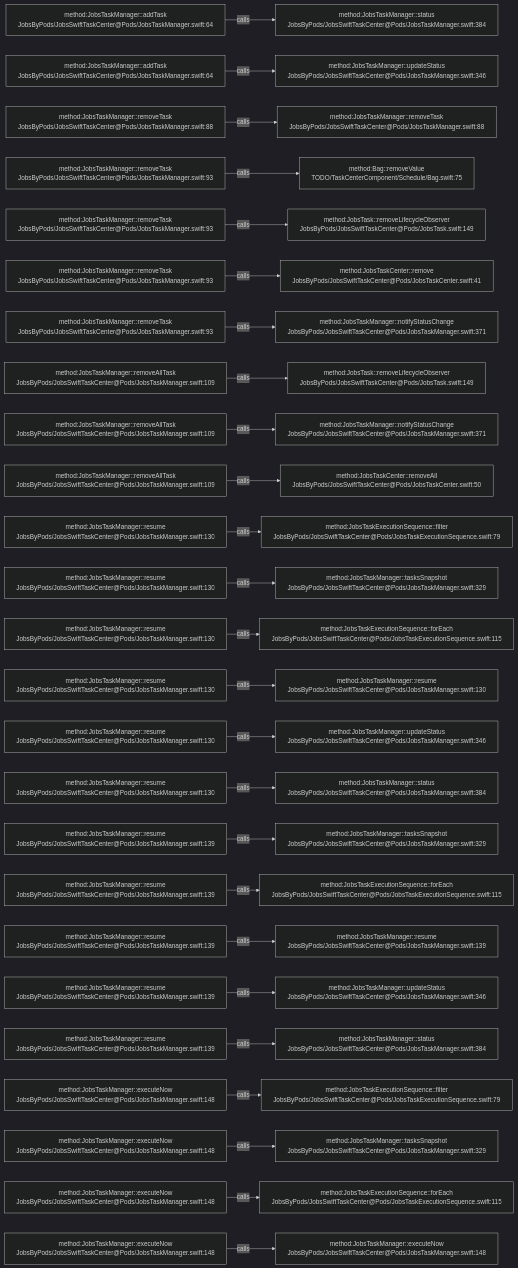
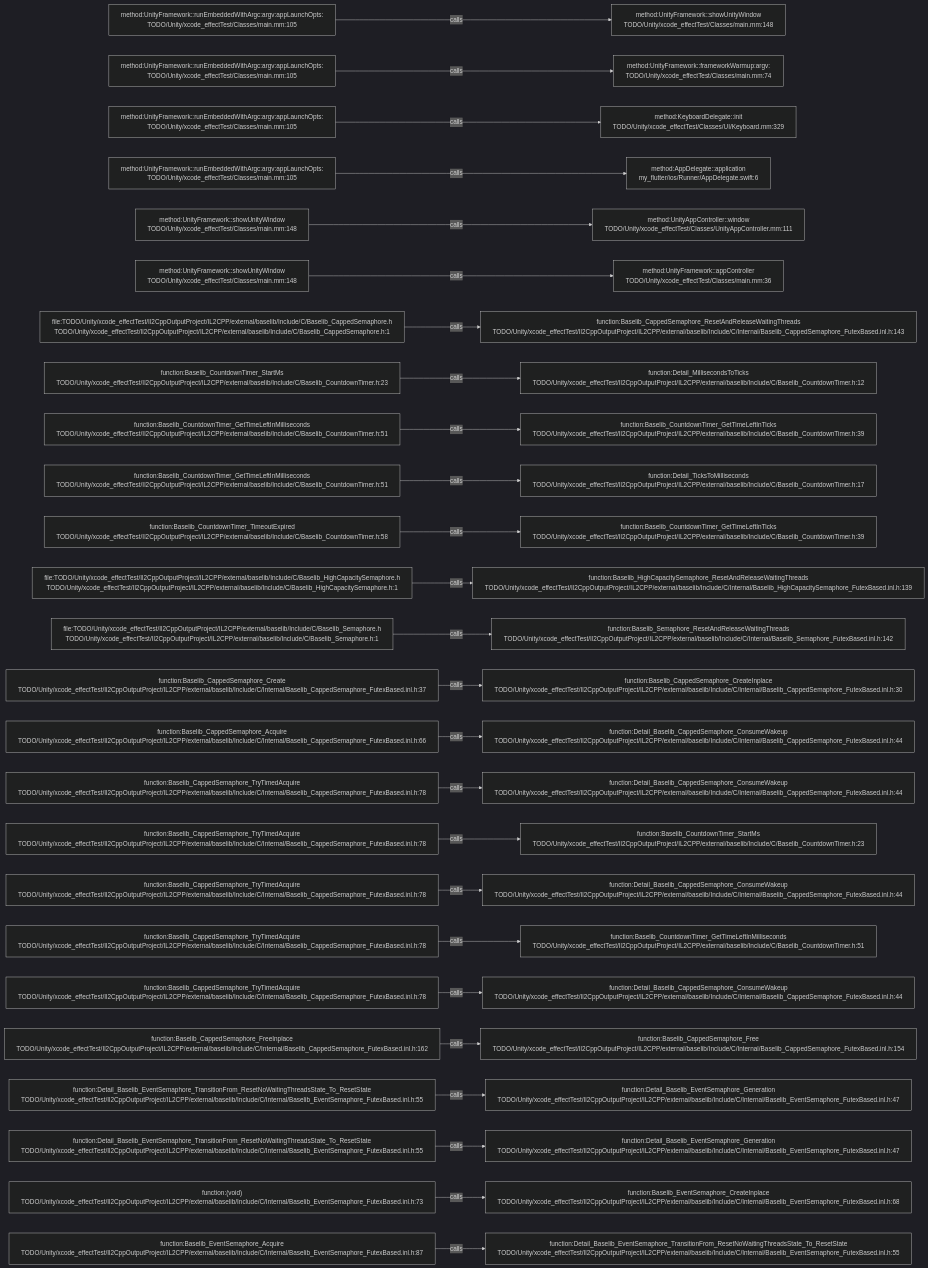
The diagram in .codegraph/codegraph.md/graphs/calls-055.md (JobsKits/JobsSwiftBaseConfigDemo), drawn with Mermaid (dark theme) before and after one commit. The commit also changed 227 other files, not shown here.

````diff
--- a/.codegraph/codegraph.md/graphs/calls-055.md
+++ b/.codegraph/codegraph.md/graphs/calls-055.md
@@ -13,78 +13,78 @@
 ```mermaid
 flowchart LR
-  S1["method:JobsTaskManager::addTask<br/>JobsByPods/JobsSwiftTaskCenter@Pods/JobsTaskManager.swift:64"]
-  T1["method:JobsTaskManager::status<br/>JobsByPods/JobsSwiftTaskCenter@Pods/JobsTaskManager.swift:384"]
+  S1["method:UnityFramework::runEmbeddedWithArgc:argv:appLaunchOpts:<br/>TODO/Unity/xcode_effectTest/Classes/main.mm:105"]
+  T1["method:UnityFramework::showUnityWindow<br/>TODO/Unity/xcode_effectTest/Classes/main.mm:148"]
   S1 -->|calls| T1
-  S2["method:JobsTaskManager::addTask<br/>JobsByPods/JobsSwiftTaskCenter@Pods/JobsTaskManager.swift:64"]
-  T2["method:JobsTaskManager::updateStatus<br/>JobsByPods/JobsSwiftTaskCenter@Pods/JobsTaskManager.swift:346"]
+  S2["method:UnityFramework::runEmbeddedWithArgc:argv:appLaunchOpts:<br/>TODO/Unity/xcode_effectTest/Classes/main.mm:105"]
+  T2["method:UnityFramework::frameworkWarmup:argv:<br/>TODO/Unity/xcode_effectTest/Classes/main.mm:74"]
   S2 -->|calls| T2
-  S3["method:JobsTaskManager::removeTask<br/>JobsByPods/JobsSwiftTaskCenter@Pods/JobsTaskManager.swift:88"]
-  T3["method:JobsTaskManager::removeTask<br/>JobsByPods/JobsSwiftTaskCenter@Pods/JobsTaskManager.swift:88"]
+  S3["method:UnityFramework::runEmbeddedWithArgc:argv:appLaunchOpts:<br/>TODO/Unity/xcode_effectTest/Classes/main.mm:105"]
+  T3["method:KeyboardDelegate::init<br/>TODO/Unity/xcode_effectTest/Classes/UI/Keyboard.mm:329"]
   S3 -->|calls| T3
-  S4["method:JobsTaskManager::removeTask<br/>JobsByPods/JobsSwiftTaskCenter@Pods/JobsTaskManager.swift:93"]
-  T4["method:Bag::removeValue<br/>TODO/TaskCenterComponent/Schedule/Bag.swift:75"]
+  S4["method:UnityFramework::runEmbeddedWithArgc:argv:appLaunchOpts:<br/>TODO/Unity/xcode_effectTest/Classes/main.mm:105"]
+  T4["method:AppDelegate::application<br/>my_flutter/ios/Runner/AppDelegate.swift:6"]
   S4 -->|calls| T4
-  S5["method:JobsTaskManager::removeTask<br/>JobsByPods/JobsSwiftTaskCenter@Pods/JobsTaskManager.swift:93"]
-  T5["method:JobsTask::removeLifecycleObserver<br/>JobsByPods/JobsSwiftTaskCenter@Pods/JobsTask.swift:149"]
+  S5["method:UnityFramework::showUnityWindow<br/>TODO/Unity/xcode_effectTest/Classes/main.mm:148"]
+  T5["method:UnityAppController::window<br/>TODO/Unity/xcode_effectTest/Classes/UnityAppController.mm:111"]
   S5 -->|calls| T5
-  S6["method:JobsTaskManager::removeTask<br/>JobsByPods/JobsSwiftTaskCenter@Pods/JobsTaskManager.swift:93"]
-  T6["method:JobsTaskCenter::remove<br/>JobsByPods/JobsSwiftTaskCenter@Pods/JobsTaskCenter.swift:41"]
+  S6["method:UnityFramework::showUnityWindow<br/>TODO/Unity/xcode_effectTest/Classes/main.mm:148"]
+  T6["method:UnityFramework::appController<br/>TODO/Unity/xcode_effectTest/Classes/main.mm:36"]
   S6 -->|calls| T6
-  S7["method:JobsTaskManager::removeTask<br/>JobsByPods/JobsSwiftTaskCenter@Pods/JobsTaskManager.swift:93"]
-  T7["method:JobsTaskManager::notifyStatusChange<br/>JobsByPods/JobsSwiftTaskCenter@Pods/JobsTaskManager.swift:371"]
+  S7["file:TODO/Unity/xcode_effectTest/Il2CppOutputProject/IL2CPP/external/baselib/Include/C/Baselib_CappedSemaphore.h<br/>TODO/Unity/xcode_effectTest/Il2CppOutputProject/IL2CPP/external/baselib/Include/C/Baselib_CappedSemaphore.h:1"]
+  T7["function:Baselib_CappedSemaphore_ResetAndReleaseWaitingThreads<br/>TODO/Unity/xcode_effectTest/Il2CppOutputProject/IL2CPP/external/baselib/Include/C/Internal/Baselib_CappedSemaphore_FutexBased.inl.h:143"]
   S7 -->|calls| T7
-  S8["method:JobsTaskManager::removeAllTask<br/>JobsByPods/JobsSwiftTaskCenter@Pods/JobsTaskManager.swift:109"]
-  T8["method:JobsTask::removeLifecycleObserver<br/>JobsByPods/JobsSwiftTaskCenter@Pods/JobsTask.swift:149"]
+  S8["function:Baselib_CountdownTimer_StartMs<br/>TODO/Unity/xcode_effectTest/Il2CppOutputProject/IL2CPP/external/baselib/Include/C/Baselib_CountdownTimer.h:23"]
+  T8["function:Detail_MillisecondsToTicks<br/>TODO/Unity/xcode_effectTest/Il2CppOutputProject/IL2CPP/external/baselib/Include/C/Baselib_CountdownTimer.h:12"]
   S8 -->|calls| T8
-  S9["method:JobsTaskManager::removeAllTask<br/>JobsByPods/JobsSwiftTaskCenter@Pods/JobsTaskManager.swift:109"]
-  T9["method:JobsTaskManager::notifyStatusChange<br/>JobsByPods/JobsSwiftTaskCenter@Pods/JobsTaskManager.swift:371"]
+  S9["function:Baselib_CountdownTimer_GetTimeLeftInMilliseconds<br/>TODO/Unity/xcode_effectTest/Il2CppOutputProject/IL2CPP/external/baselib/Include/C/Baselib_CountdownTimer.h:51"]
+  T9["function:Baselib_CountdownTimer_GetTimeLeftInTicks<br/>TODO/Unity/xcode_effectTest/Il2CppOutputProject/IL2CPP/external/baselib/Include/C/Baselib_CountdownTimer.h:39"]
   S9 -->|calls| T9
-  S10["method:JobsTaskManager::removeAllTask<br/>JobsByPods/JobsSwiftTaskCenter@Pods/JobsTaskManager.swift:109"]
-  T10["method:JobsTaskCenter::removeAll<br/>JobsByPods/JobsSwiftTaskCenter@Pods/JobsTaskCenter.swift:50"]
+  S10["function:Baselib_CountdownTimer_GetTimeLeftInMilliseconds<br/>TODO/Unity/xcode_effectTest/Il2CppOutputProject/IL2CPP/external/baselib/Include/C/Baselib_CountdownTimer.h:51"]
+  T10["function:Detail_TicksToMilliseconds<br/>TODO/Unity/xcode_effectTest/Il2CppOutputProject/IL2CPP/external/baselib/Include/C/Baselib_CountdownTimer.h:17"]
   S10 -->|calls| T10
-  S11["method:JobsTaskManager::resume<br/>JobsByPods/JobsSwiftTaskCenter@Pods/JobsTaskManager.swift:130"]
-  T11["method:JobsTaskExecutionSequence::filter<br/>JobsByPods/JobsSwiftTaskCenter@Pods/JobsTaskExecutionSequence.swift:79"]
+  S11["function:Baselib_CountdownTimer_TimeoutExpired<br/>TODO/Unity/xcode_effectTest/Il2CppOutputProject/IL2CPP/external/baselib/Include/C/Baselib_CountdownTimer.h:58"]
+  T11["function:Baselib_CountdownTimer_GetTimeLeftInTicks<br/>TODO/Unity/xcode_effectTest/Il2CppOutputProject/IL2CPP/external/baselib/Include/C/Baselib_CountdownTimer.h:39"]
   S11 -->|calls| T11
-  S12["method:JobsTaskManager::resume<br/>JobsByPods/JobsSwiftTaskCenter@Pods/JobsTaskManager.swift:130"]
-  T12["method:JobsTaskManager::tasksSnapshot<br/>JobsByPods/JobsSwiftTaskCenter@Pods/JobsTaskManager.swift:329"]
+  S12["file:TODO/Unity/xcode_effectTest/Il2CppOutputProject/IL2CPP/external/baselib/Include/C/Baselib_HighCapacitySemaphore.h<br/>TODO/Unity/xcode_effectTest/Il2CppOutputProject/IL2CPP/external/baselib/Include/C/Baselib_HighCapacitySemaphore.h:1"]
+  T12["function:Baselib_HighCapacitySemaphore_ResetAndReleaseWaitingThreads<br/>TODO/Unity/xcode_effectTest/Il2CppOutputProject/IL2CPP/external/baselib/Include/C/Internal/Baselib_HighCapacitySemaphore_FutexBased.inl.h:139"]
   S12 -->|calls| T12
-  S13["method:JobsTaskManager::resume<br/>JobsByPods/JobsSwiftTaskCenter@Pods/JobsTaskManager.swift:130"]
-  T13["method:JobsTaskExecutionSequence::forEach<br/>JobsByPods/JobsSwiftTaskCenter@Pods/JobsTaskExecutionSequence.swift:115"]
+  S13["file:TODO/Unity/xcode_effectTest/Il2CppOutputProject/IL2CPP/external/baselib/Include/C/Baselib_Semaphore.h<br/>TODO/Unity/xcode_effectTest/Il2CppOutputProject/IL2CPP/external/baselib/Include/C/Baselib_Semaphore.h:1"]
+  T13["function:Baselib_Semaphore_ResetAndReleaseWaitingThreads<br/>TODO/Unity/xcode_effectTest/Il2CppOutputProject/IL2CPP/external/baselib/Include/C/Internal/Baselib_Semaphore_FutexBased.inl.h:142"]
   S13 -->|calls| T13
-  S14["method:JobsTaskManager::resume<br/>JobsByPods/JobsSwiftTaskCenter@Pods/JobsTaskManager.swift:130"]
-  T14["method:JobsTaskManager::resume<br/>JobsByPods/JobsSwiftTaskCenter@Pods/JobsTaskManager.swift:130"]
+  S14["function:Baselib_CappedSemaphore_Create<br/>TODO/Unity/xcode_effectTest/Il2CppOutputProject/IL2CPP/external/baselib/Include/C/Internal/Baselib_CappedSemaphore_FutexBased.inl.h:37"]
+  T14["function:Baselib_CappedSemaphore_CreateInplace<br/>TODO/Unity/xcode_effectTest/Il2CppOutputProject/IL2CPP/external/baselib/Include/C/Internal/Baselib_CappedSemaphore_FutexBased.inl.h:30"]
   S14 -->|calls| T14
-  S15["method:JobsTaskManager::resume<br/>JobsByPods/JobsSwiftTaskCenter@Pods/JobsTaskManager.swift:130"]
-  T15["method:JobsTaskManager::updateStatus<br/>JobsByPods/JobsSwiftTaskCenter@Pods/JobsTaskManager.swift:346"]
+  S15["function:Baselib_CappedSemaphore_Acquire<br/>TODO/Unity/xcode_effectTest/Il2CppOutputProject/IL2CPP/external/baselib/Include/C/Internal/Baselib_CappedSemaphore_FutexBased.inl.h:66"]
+  T15["function:Detail_Baselib_CappedSemaphore_ConsumeWakeup<br/>TODO/Unity/xcode_effectTest/Il2CppOutputProject/IL2CPP/external/baselib/Include/C/Internal/Baselib_CappedSemaphore_FutexBased.inl.h:44"]
   S15 -->|calls| T15
-  S16["method:JobsTaskManager::resume<br/>JobsByPods/JobsSwiftTaskCenter@Pods/JobsTaskManager.swift:130"]
-  T16["method:JobsTaskManager::status<br/>JobsByPods/JobsSwiftTaskCenter@Pods/JobsTaskManager.swift:384"]
+  S16["function:Baselib_CappedSemaphore_TryTimedAcquire<br/>TODO/Unity/xcode_effectTest/Il2CppOutputProject/IL2CPP/external/baselib/Include/C/Internal/Baselib_CappedSemaphore_FutexBased.inl.h:78"]
+  T16["function:Detail_Baselib_CappedSemaphore_ConsumeWakeup<br/>TODO/Unity/xcode_effectTest/Il2CppOutputProject/IL2CPP/external/baselib/Include/C/Internal/Baselib_CappedSemaphore_FutexBased.inl.h:44"]
   S16 -->|calls| T16
-  S17["method:JobsTaskManager::resume<br/>JobsByPods/JobsSwiftTaskCenter@Pods/JobsTaskManager.swift:139"]
-  T17["method:JobsTaskManager::tasksSnapshot<br/>JobsByPods/JobsSwiftTaskCenter@Pods/JobsTaskManager.swift:329"]
+  S17["function:Baselib_CappedSemaphore_TryTimedAcquire<br/>TODO/Unity/xcode_effectTest/Il2CppOutputProject/IL2CPP/external/baselib/Include/C/Internal/Baselib_CappedSemaphore_FutexBased.inl.h:78"]
+  T17["function:Baselib_CountdownTimer_StartMs<br/>TODO/Unity/xcode_effectTest/Il2CppOutputProject/IL2CPP/external/baselib/Include/C/Baselib_CountdownTimer.h:23"]
   S17 -->|calls| T17
-  S18["method:JobsTaskManager::resume<br/>JobsByPods/JobsSwiftTaskCenter@Pods/JobsTaskManager.swift:139"]
-  T18["method:JobsTaskExecutionSequence::forEach<br/>JobsByPods/JobsSwiftTaskCenter@Pods/JobsTaskExecutionSequence.swift:115"]
+  S18["function:Baselib_CappedSemaphore_TryTimedAcquire<br/>TODO/Unity/xcode_effectTest/Il2CppOutputProject/IL2CPP/external/baselib/Include/C/Internal/Baselib_CappedSemaphore_FutexBased.inl.h:78"]
+  T18["function:Detail_Baselib_CappedSemaphore_ConsumeWakeup<br/>TODO/Unity/xcode_effectTest/Il2CppOutputProject/IL2CPP/external/baselib/Include/C/Internal/Baselib_CappedSemaphore_FutexBased.inl.h:44"]
   S18 -->|calls| T18
-  S19["method:JobsTaskManager::resume<br/>JobsByPods/JobsSwiftTaskCenter@Pods/JobsTaskManager.swift:139"]
-  T19["method:JobsTaskManager::resume<br/>JobsByPods/JobsSwiftTaskCenter@Pods/JobsTaskManager.swift:139"]
+  S19["function:Baselib_CappedSemaphore_TryTimedAcquire<br/>TODO/Unity/xcode_effectTest/Il2CppOutputProject/IL2CPP/external/baselib/Include/C/Internal/Baselib_CappedSemaphore_FutexBased.inl.h:78"]
+  T19["function:Baselib_CountdownTimer_GetTimeLeftInMilliseconds<br/>TODO/Unity/xcode_effectTest/Il2CppOutputProject/IL2CPP/external/baselib/Include/C/Baselib_CountdownTimer.h:51"]
   S19 -->|calls| T19
-  S20["method:JobsTaskManager::resume<br/>JobsByPods/JobsSwiftTaskCenter@Pods/JobsTaskManager.swift:139"]
-  T20["method:JobsTaskManager::updateStatus<br/>JobsByPods/JobsSwiftTaskCenter@Pods/JobsTaskManager.swift:346"]
+  S20["function:Baselib_CappedSemaphore_TryTimedAcquire<br/>TODO/Unity/xcode_effectTest/Il2CppOutputProject/IL2CPP/external/baselib/Include/C/Internal/Baselib_CappedSemaphore_FutexBased.inl.h:78"]
+  T20["function:Detail_Baselib_CappedSemaphore_ConsumeWakeup<br/>TODO/Unity/xcode_effectTest/Il2CppOutputProject/IL2CPP/external/baselib/Include/C/Internal/Baselib_CappedSemaphore_FutexBased.inl.h:44"]
   S20 -->|calls| T20
-  S21["method:JobsTaskManager::resume<br/>JobsByPods/JobsSwiftTaskCenter@Pods/JobsTaskManager.swift:139"]
-  T21["method:JobsTaskManager::status<br/>JobsByPods/JobsSwiftTaskCenter@Pods/JobsTaskManager.swift:384"]
+  S21["function:Baselib_CappedSemaphore_FreeInplace<br/>TODO/Unity/xcode_effectTest/Il2CppOutputProject/IL2CPP/external/baselib/Include/C/Internal/Baselib_CappedSemaphore_FutexBased.inl.h:162"]
+  T21["function:Baselib_CappedSemaphore_Free<br/>TODO/Unity/xcode_effectTest/Il2CppOutputProject/IL2CPP/external/baselib/Include/C/Internal/Baselib_CappedSemaphore_FutexBased.inl.h:154"]
   S21 -->|calls| T21
-  S22["method:JobsTaskManager::executeNow<br/>JobsByPods/JobsSwiftTaskCenter@Pods/JobsTaskManager.swift:148"]
-  T22["method:JobsTaskExecutionSequence::filter<br/>JobsByPods/JobsSwiftTaskCenter@Pods/JobsTaskExecutionSequence.swift:79"]
+  S22["function:Detail_Baselib_EventSemaphore_TransitionFrom_ResetNoWaitingThreadsState_To_ResetState<br/>TODO/Unity/xcode_effectTest/Il2CppOutputProject/IL2CPP/external/baselib/Include/C/Internal/Baselib_EventSemaphore_FutexBased.inl.h:55"]
+  T22["function:Detail_Baselib_EventSemaphore_Generation<br/>TODO/Unity/xcode_effectTest/Il2CppOutputProject/IL2CPP/external/baselib/Include/C/Internal/Baselib_EventSemaphore_FutexBased.inl.h:47"]
   S22 -->|calls| T22
-  S23["method:JobsTaskManager::executeNow<br/>JobsByPods/JobsSwiftTaskCenter@Pods/JobsTaskManager.swift:148"]
-  T23["method:JobsTaskManager::tasksSnapshot<br/>JobsByPods/JobsSwiftTaskCenter@Pods/JobsTaskManager.swift:329"]
+  S23["function:Detail_Baselib_EventSemaphore_TransitionFrom_ResetNoWaitingThreadsState_To_ResetState<br/>TODO/Unity/xcode_effectTest/Il2CppOutputProject/IL2CPP/external/baselib/Include/C/Internal/Baselib_EventSemaphore_FutexBased.inl.h:55"]
+  T23["function:Detail_Baselib_EventSemaphore_Generation<br/>TODO/Unity/xcode_effectTest/Il2CppOutputProject/IL2CPP/external/baselib/Include/C/Internal/Baselib_EventSemaphore_FutexBased.inl.h:47"]
   S23 -->|calls| T23
-  S24["method:JobsTaskManager::executeNow<br/>JobsByPods/JobsSwiftTaskCenter@Pods/JobsTaskManager.swift:148"]
-  T24["method:JobsTaskExecutionSequence::forEach<br/>JobsByPods/JobsSwiftTaskCenter@Pods/JobsTaskExecutionSequence.swift:115"]
+  S24["function:(void)<br/>TODO/Unity/xcode_effectTest/Il2CppOutputProject/IL2CPP/external/baselib/Include/C/Internal/Baselib_EventSemaphore_FutexBased.inl.h:73"]
+  T24["function:Baselib_EventSemaphore_CreateInplace<br/>TODO/Unity/xcode_effectTest/Il2CppOutputProject/IL2CPP/external/baselib/Include/C/Internal/Baselib_EventSemaphore_FutexBased.inl.h:68"]
   S24 -->|calls| T24
-  S25["method:JobsTaskManager::executeNow<br/>JobsByPods/JobsSwiftTaskCenter@Pods/JobsTaskManager.swift:148"]
-  T25["method:JobsTaskManager::executeNow<br/>JobsByPods/JobsSwiftTaskCenter@Pods/JobsTaskManager.swift:148"]
+  S25["function:Baselib_EventSemaphore_Acquire<br/>TODO/Unity/xcode_effectTest/Il2CppOutputProject/IL2CPP/external/baselib/Include/C/Internal/Baselib_EventSemaphore_FutexBased.inl.h:87"]
+  T25["function:Detail_Baselib_EventSemaphore_TransitionFrom_ResetNoWaitingThreadsState_To_ResetState<br/>TODO/Unity/xcode_effectTest/Il2CppOutputProject/IL2CPP/external/baselib/Include/C/Internal/Baselib_EventSemaphore_FutexBased.inl.h:55"]
   S25 -->|calls| T25
 ```
````
